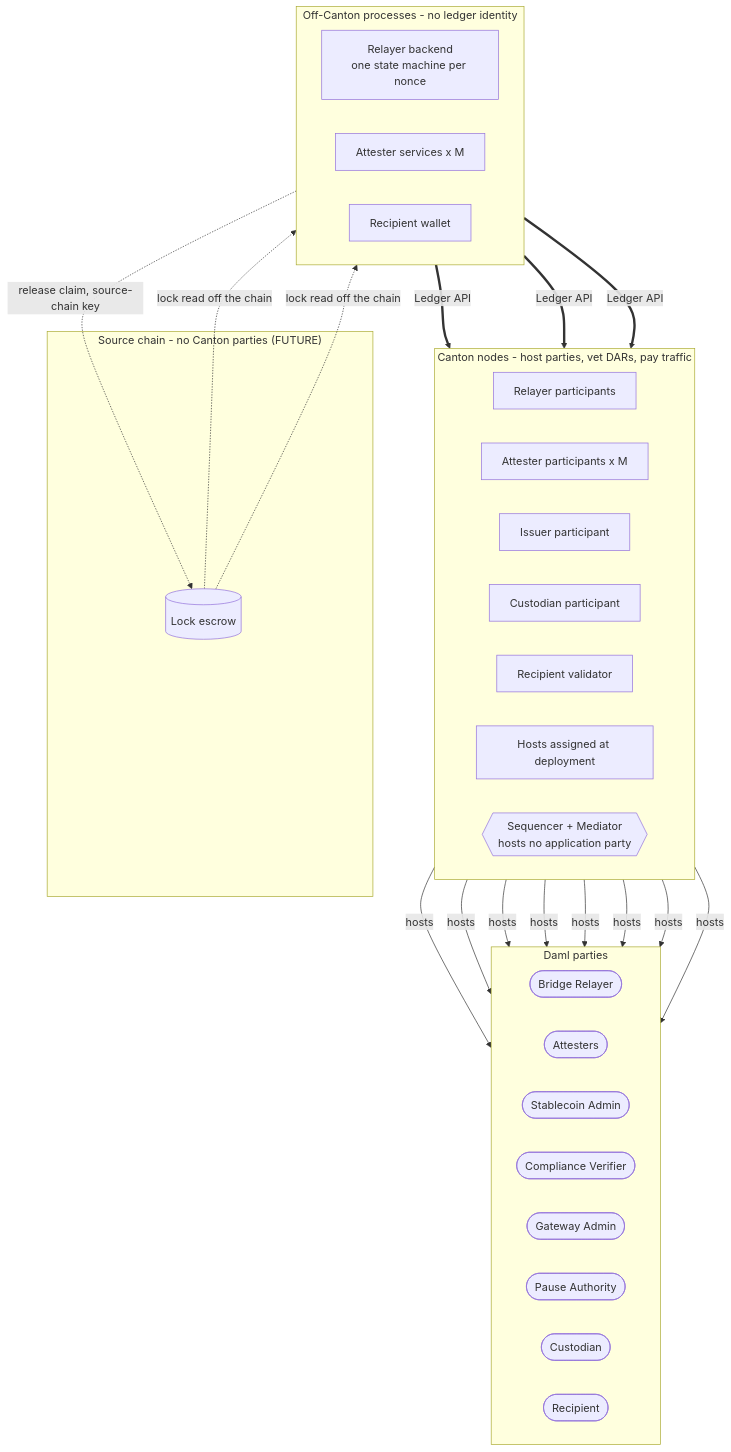
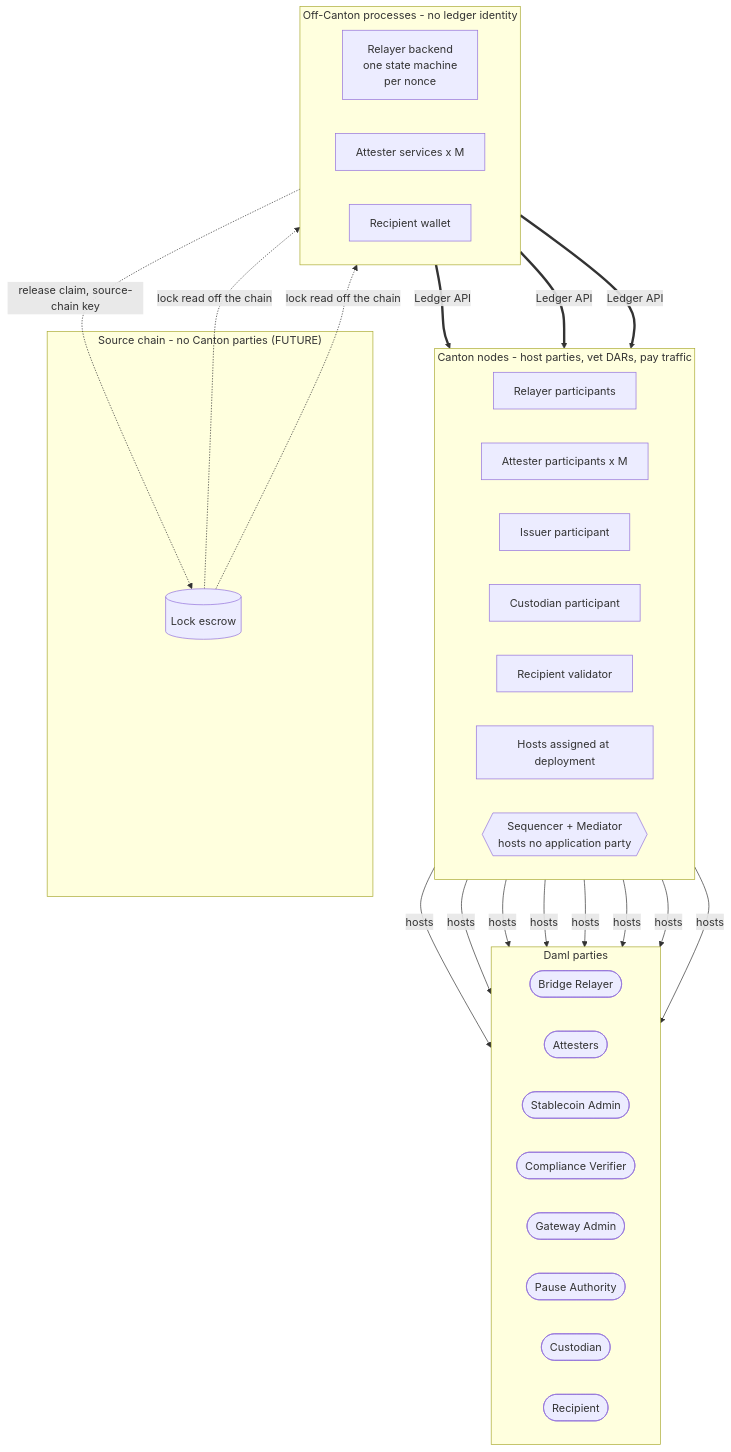
One commit to OpenZeppelin/canton-specs changed the first of 6 diagrams in docs/reference-architectures/cross-chain-stablecoin.md. Above: the diagram before and after it, drawn with Mermaid. The commit also changed other lines of this file, not shown here.

First line of the commit message:
keep the topology diagram labels inside their boxes

````diff
--- a/docs/reference-architectures/cross-chain-stablecoin.md
+++ b/docs/reference-architectures/cross-chain-stablecoin.md
@@ -164,53 +164,53 @@
 ```mermaid
 flowchart TB
     subgraph Ext["Source chain - no Canton parties (FUTURE)"]
         Escrow[("Lock escrow")]
     end
 
     subgraph Proc["Off-Canton processes - no ledger identity"]
         direction LR
-        RelaySvc["Relayer backend<br/>one state machine per nonce"]
+        RelaySvc["Relayer backend<br/>one state machine<br/>per nonce"]
         AttSvc["Attester services x M"]
         Wallet["Recipient wallet"]
     end
 
     subgraph Nodes["Canton nodes - host parties, vet DARs, pay traffic"]
         direction LR
         PRel["Relayer participants"]
         PAtt["Attester participants x M"]
         PIss["Issuer participant"]
         PCus["Custodian participant"]
         PRec["Recipient validator"]
         PDep["Hosts assigned at deployment"]
         Sync{{"Sequencer + Mediator<br/>hosts no application party"}}
     end
 
     subgraph Parties["Daml parties"]
         direction LR
         PtyRel([Bridge Relayer])
         PtyAtt([Attesters])
         PtyAdm([Stablecoin Admin])
         PtyCV([Compliance Verifier])
         PtyGW([Gateway Admin])
         PtyPause([Pause Authority])
         PtyCus([Custodian])
         PtyRec([Recipient])
     end
 
     Escrow -.->|"lock read off the chain"| RelaySvc
     Escrow -.->|"lock read off the chain"| AttSvc
     RelaySvc -.->|"release claim, source-chain key"| Escrow
 
     RelaySvc ==>|"Ledger API"| PRel
     AttSvc ==>|"Ledger API"| PAtt
     Wallet ==>|"Ledger API"| PRec
 
     PRel -->|hosts| PtyRel
     PAtt -->|hosts| PtyAtt
     PIss -->|hosts| PtyAdm
     PIss -->|hosts| PtyCV
     PCus -->|hosts| PtyCus
     PRec -->|hosts| PtyRec
     PDep -->|hosts| PtyGW
     PDep -->|hosts| PtyPause
 ```
````
